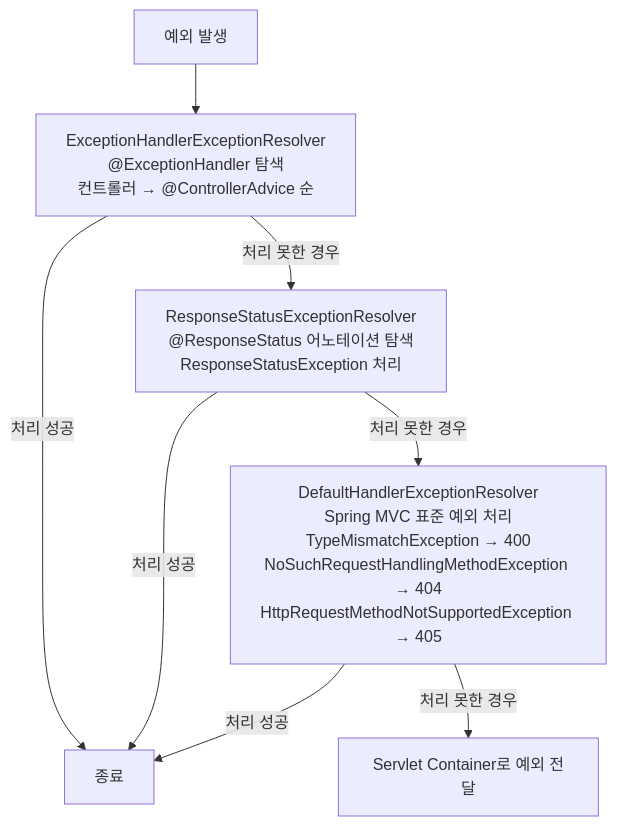
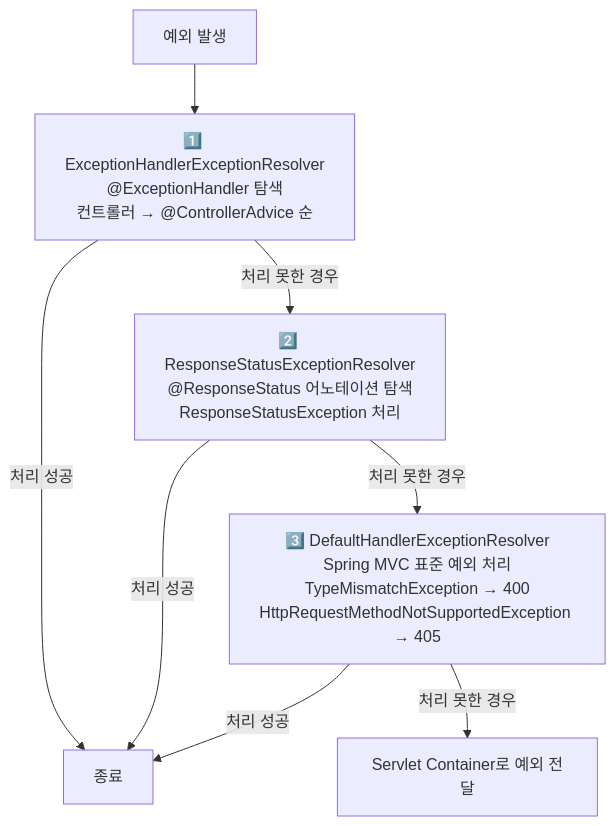
Before and after one commit to yjkim2015/yjkim2015.github.io: the sixth of 6 diagrams in _posts/spring/2026-05-01-spring-mvc.md, drawn with Mermaid. The commit also changed other lines of this file and 34 other files, not shown here.

First line of the commit message:
Full quality pass: 41 files — ASCII removed, 동작원리 보강, diagrams

```diff
--- a/_posts/spring/2026-05-01-spring-mvc.md
+++ b/_posts/spring/2026-05-01-spring-mvc.md
@@ -455,10 +343,10 @@
 <div class="mermaid">
 graph TD
-    A[예외 발생] --> B["ExceptionHandlerExceptionResolver<br>@ExceptionHandler 탐색<br>컨트롤러 → @ControllerAdvice 순"]
-    B -->|처리 성공| Z[종료]
-    B -->|처리 못한 경우| C["ResponseStatusExceptionResolver<br>@ResponseStatus 어노테이션 탐색<br>ResponseStatusException 처리"]
-    C -->|처리 성공| Z
-    C -->|처리 못한 경우| D["DefaultHandlerExceptionResolver<br>Spring MVC 표준 예외 처리<br>TypeMismatchException → 400<br>NoSuchRequestHandlingMethodException → 404<br>HttpRequestMethodNotSupportedException → 405"]
-    D -->|처리 성공| Z
-    D -->|처리 못한 경우| E[Servlet Container로 예외 전달]
+    A["예외 발생"] --> B["1️⃣ ExceptionHandlerExceptionResolver<br>@ExceptionHandler 탐색<br>컨트롤러 → @ControllerAdvice 순"]
+    B -->|"처리 성공"| Z["종료"]
+    B -->|"처리 못한 경우"| C["2️⃣ ResponseStatusExceptionResolver<br>@ResponseStatus 어노테이션 탐색<br>ResponseStatusException 처리"]
+    C -->|"처리 성공"| Z
+    C -->|"처리 못한 경우"| D["3️⃣ DefaultHandlerExceptionResolver<br>Spring MVC 표준 예외 처리<br>TypeMismatchException → 400<br>HttpRequestMethodNotSupportedException → 405"]
+    D -->|"처리 성공"| Z
+    D -->|"처리 못한 경우"| E["Servlet Container로 예외 전달"]
 </div>
```
